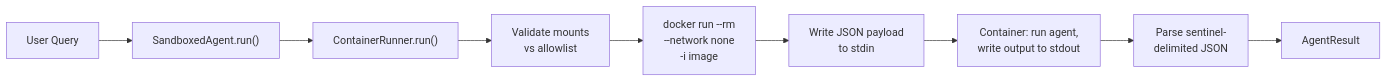
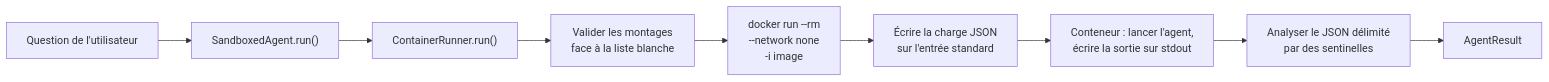
Before and after one commit to carlitoetienne01-spec/Diapason: the sixth of 6 diagrams in docs/architecture/agents.md, drawn with Mermaid. The commit also changed other lines of this file and 257 other files, not shown here.

````diff
--- a/docs/architecture/agents.md
+++ b/docs/architecture/agents.md
@@ -412,11 +412,11 @@
 ```mermaid
 graph LR
-    Q["User Query"] --> SA["SandboxedAgent.run()"]
+    Q["Question de l'utilisateur"] --> SA["SandboxedAgent.run()"]
     SA --> CR["ContainerRunner.run()"]
-    CR --> VALIDATE["Validate mounts<br/>vs allowlist"]
+    CR --> VALIDATE["Valider les montages<br/>face à la liste blanche"]
     VALIDATE --> DOCKER["docker run --rm<br/>--network none<br/>-i image"]
-    DOCKER --> STDIN["Write JSON payload<br/>to stdin"]
-    STDIN --> CONTAINER["Container: run agent,<br/>write output to stdout"]
-    CONTAINER --> PARSE["Parse sentinel-<br/>delimited JSON"]
+    DOCKER --> STDIN["Écrire la charge JSON<br/>sur l'entrée standard"]
+    STDIN --> CONTAINER["Conteneur : lancer l'agent,<br/>écrire la sortie sur stdout"]
+    CONTAINER --> PARSE["Analyser le JSON délimité<br/>par des sentinelles"]
     PARSE --> R["AgentResult"]
 ```
````
